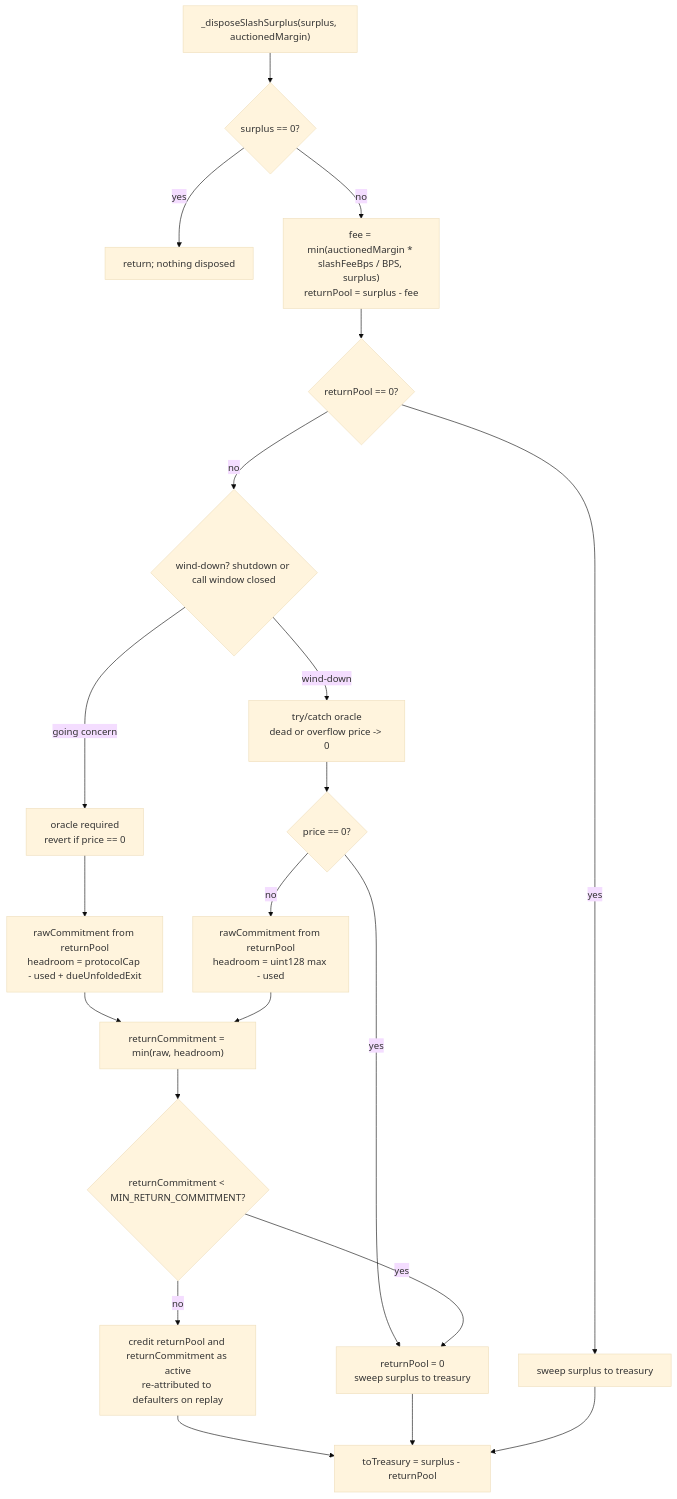
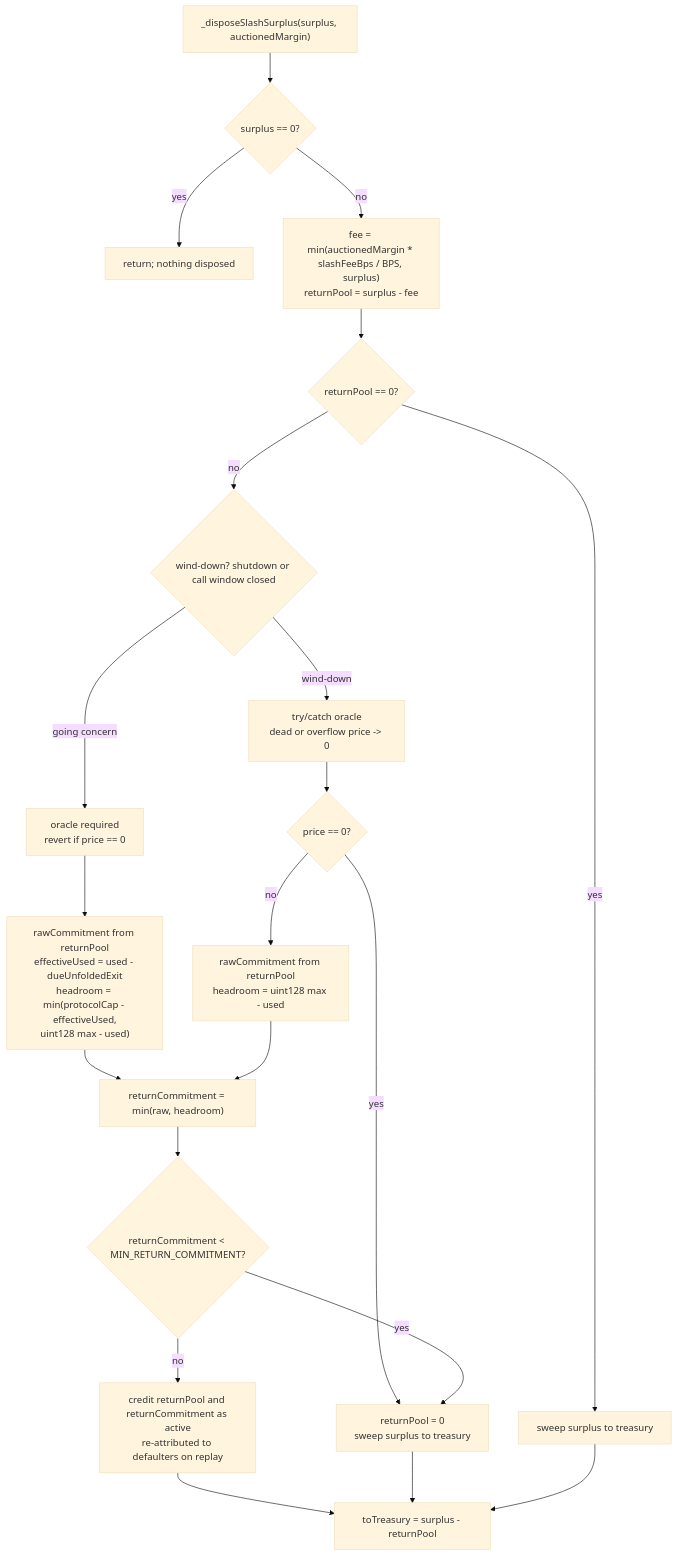
One commit to 3jane-protocol/moneymarket-contracts changed the fifth of 7 diagrams in src/lcc/README.md. Above: the diagram before and after it, drawn with Mermaid (base theme). The commit also changed other lines of this file and 20 other files, not shown here.

````diff
--- a/src/lcc/README.md
+++ b/src/lcc/README.md
@@ -393,23 +411,23 @@
 ```mermaid
 flowchart TD
     A["_disposeSlashSurplus(surplus, auctionedMargin)"] --> B{"surplus == 0?"}
     B -->|yes| Z["return; nothing disposed"]
     B -->|no| C["fee = min(auctionedMargin * slashFeeBps / BPS, surplus)<br/>returnPool = surplus - fee"]
     C --> D{"returnPool == 0?"}
     D -->|yes| T["sweep surplus to treasury"]
     D -->|no| E{"wind-down? shutdown or call window closed"}
     E -->|going concern| F["oracle required<br/>revert if price == 0"]
     E -->|wind-down| G["try/catch oracle<br/>dead or overflow price -> 0"]
-    F --> H["rawCommitment from returnPool<br/>headroom = protocolCap - used + dueUnfoldedExit"]
+    F --> H["rawCommitment from returnPool<br/>effectiveUsed = used - dueUnfoldedExit<br/>headroom = min(protocolCap - effectiveUsed,<br/>uint128 max - used)"]
     G --> I{"price == 0?"}
     I -->|yes| J["returnPool = 0<br/>sweep surplus to treasury"]
     I -->|no| K["rawCommitment from returnPool<br/>headroom = uint128 max - used"]
     H --> L["returnCommitment = min(raw, headroom)"]
     K --> L
     L --> M{"returnCommitment < MIN_RETURN_COMMITMENT?"}
     M -->|yes| J
     M -->|no| N["credit returnPool and returnCommitment as active<br/>re-attributed to defaulters on replay"]
     N --> O["toTreasury = surplus - returnPool"]
     J --> O
     T --> O
 ```
````
